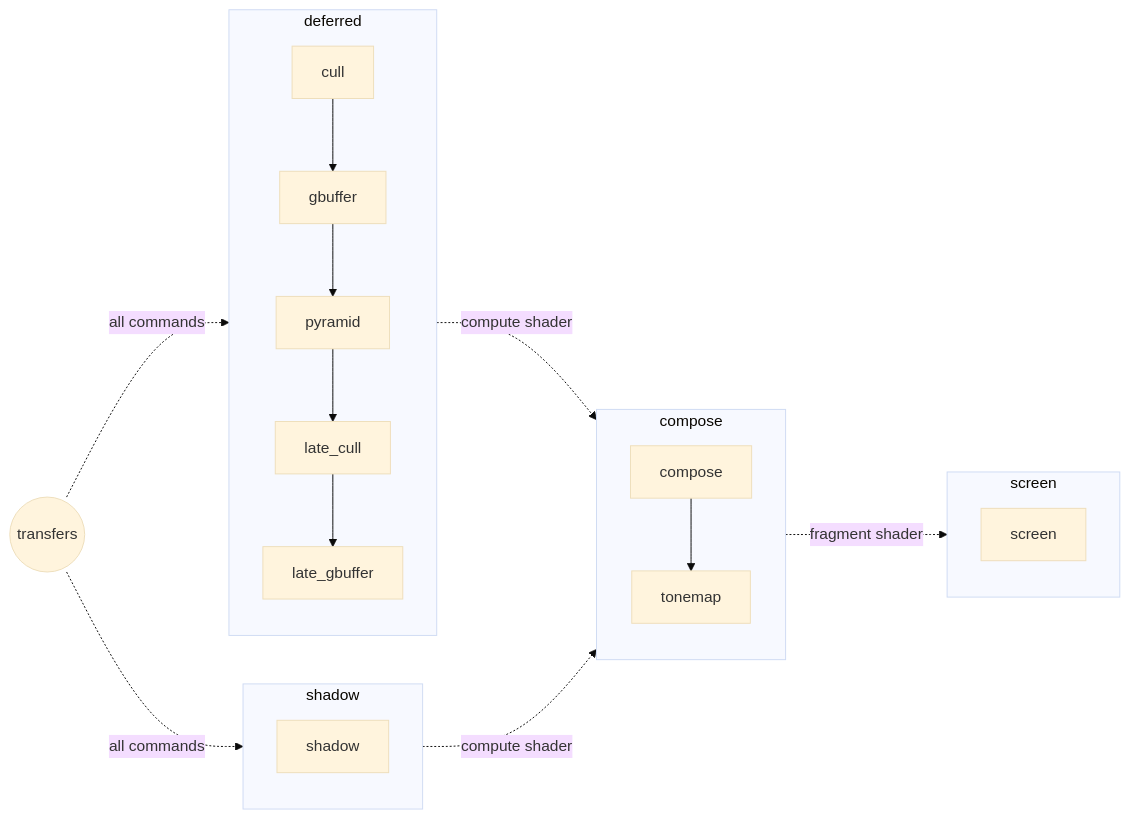
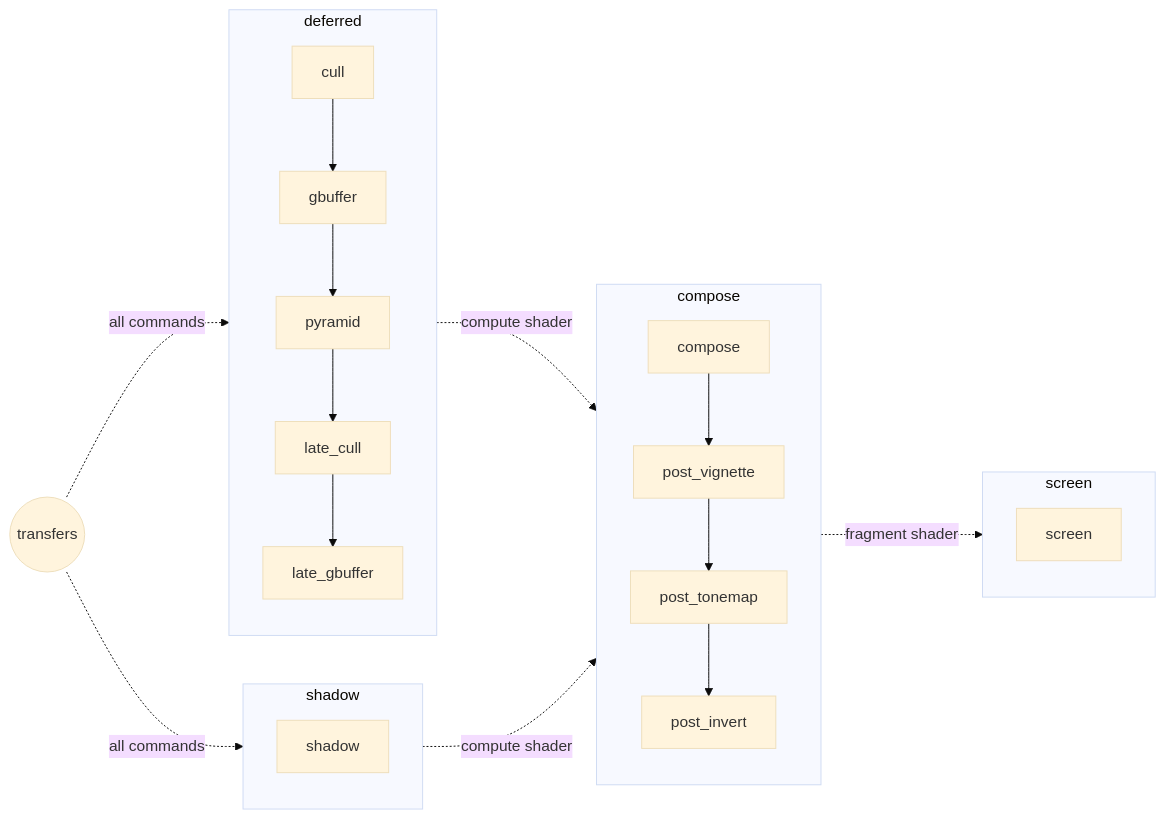
The diagram in doc/render-graph.md (Kag-k-thun/Balder), drawn with Mermaid (base theme) before and after one commit. The commit also changed other lines of this file, not shown here.

Commit message:
[BAL-87][graph] docs: describe the post-process chain of a scene, its effects and the passes and images it declares

````diff
--- a/doc/render-graph.md
+++ b/doc/render-graph.md
@@ -122,21 +123,21 @@
 ```mermaid
 flowchart LR
     transfers((transfers))
     subgraph deferred
         cull --> gbuffer --> pyramid --> late_cull --> late_gbuffer
     end
     subgraph shadow
         shadow_map[shadow]
     end
     subgraph compose
-        composition[compose] --> tonemap
+        composition[compose] --> vignette[post_vignette] --> tonemap[post_tonemap] --> invert[post_invert]
     end
     subgraph screen
         widgets[screen]
     end
     transfers -. all commands .-> deferred
     transfers -. all commands .-> shadow
     deferred -. compute shader .-> compose
     shadow -. compute shader .-> compose
     compose -. fragment shader .-> screen
 ```
````
